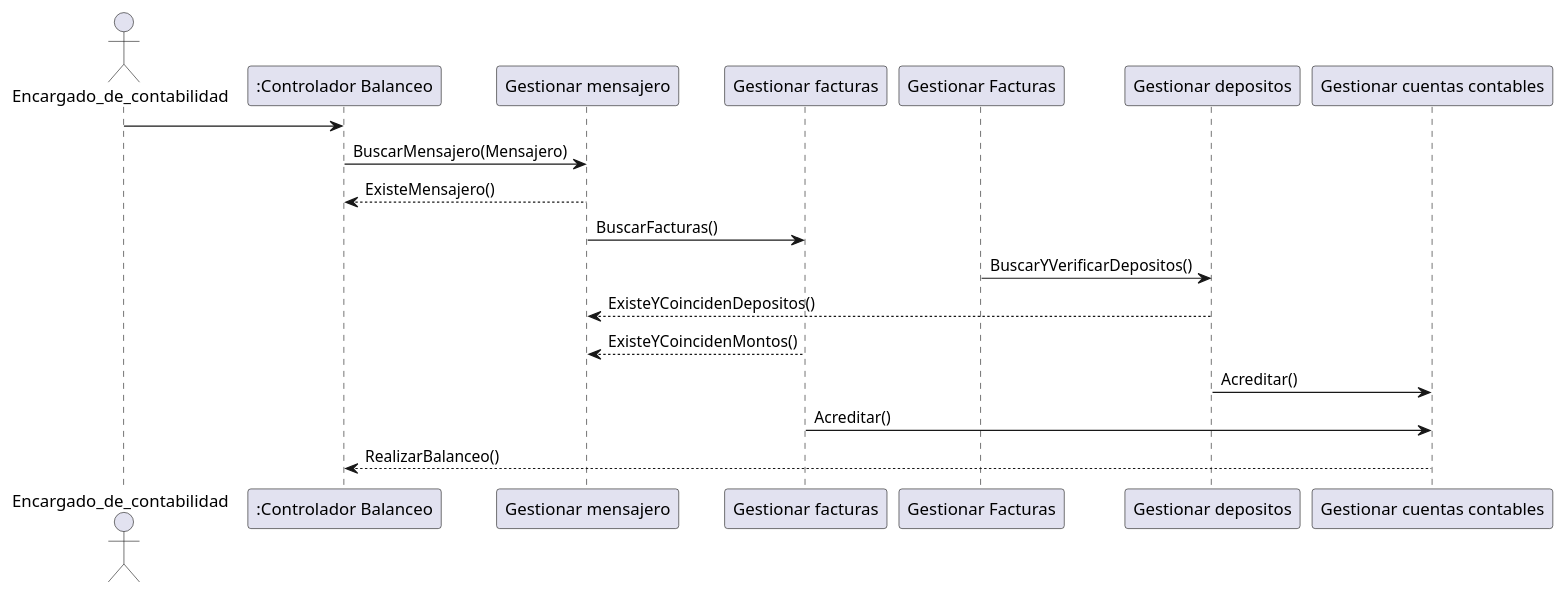
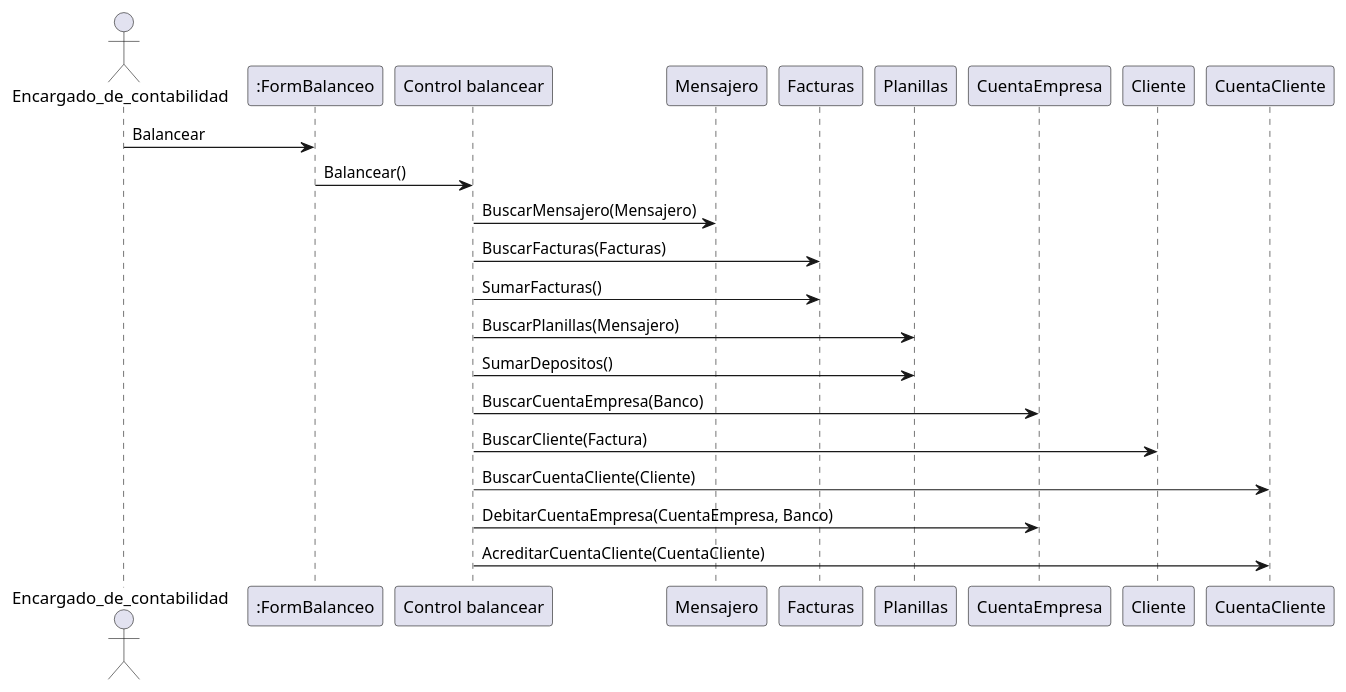
Before and after one commit to ricardoasinr/Sistemas-de-la-informacion: the diagram in Caso Balanceo/Diagrama de secuencia/3. Balancear facturas y depositos.plantuml, drawn with PlantUML. The commit also changed 2 other files, not shown here.

```diff
--- a/Caso Balanceo/Diagrama de secuencia/3. Balancear facturas y depositos.plantuml
+++ b/Caso Balanceo/Diagrama de secuencia/3. Balancear facturas y depositos.plantuml
@@ -1,30 +1,27 @@
 @startuml 3. Balancear facturas y depositos
 
 actor Encargado_de_contabilidad
 
 
-Encargado_de_contabilidad -> ":Controlador Balanceo"
+Encargado_de_contabilidad -> ":FormBalanceo":Balancear
 
 
-":Controlador Balanceo" -> "Gestionar mensajero": BuscarMensajero(Mensajero)
+":FormBalanceo" -> "Control balancear": Balancear()
+"Control balancear" -> "Mensajero":BuscarMensajero(Mensajero)
+"Control balancear" -> "Facturas": BuscarFacturas(Facturas)
+"Control balancear" -> "Facturas": SumarFacturas()
+"Control balancear" -> "Planillas": BuscarPlanillas(Mensajero)
+"Control balancear" -> "Planillas": SumarDepositos()
+"Control balancear" -> "CuentaEmpresa": BuscarCuentaEmpresa(Banco)
+"Control balancear" -> "Cliente": BuscarCliente(Factura)
+"Control balancear" -> "CuentaCliente": BuscarCuentaCliente(Cliente)
+"Control balancear" -> "CuentaEmpresa": DebitarCuentaEmpresa(CuentaEmpresa, Banco)
+"Control balancear" -> "CuentaCliente": AcreditarCuentaCliente(CuentaCliente)
 
-"Gestionar mensajero" --> ":Controlador Balanceo": ExisteMensajero()
 
-"Gestionar mensajero" -> "Gestionar facturas" : BuscarFacturas()
-
-"Gestionar Facturas" -> "Gestionar depositos":BuscarYVerificarDepositos()
-
-"Gestionar depositos" --> "Gestionar mensajero" : ExisteYCoincidenDepositos()
-
-"Gestionar facturas" --> "Gestionar mensajero" : ExisteYCoincidenMontos()
-
-"Gestionar depositos" -> "Gestionar cuentas contables" : Acreditar()
-"Gestionar facturas" -> "Gestionar cuentas contables" : Acreditar()
-
-"Gestionar cuentas contables" --> ":Controlador Balanceo": RealizarBalanceo()
 
 
 
 
 
 @enduml
```
